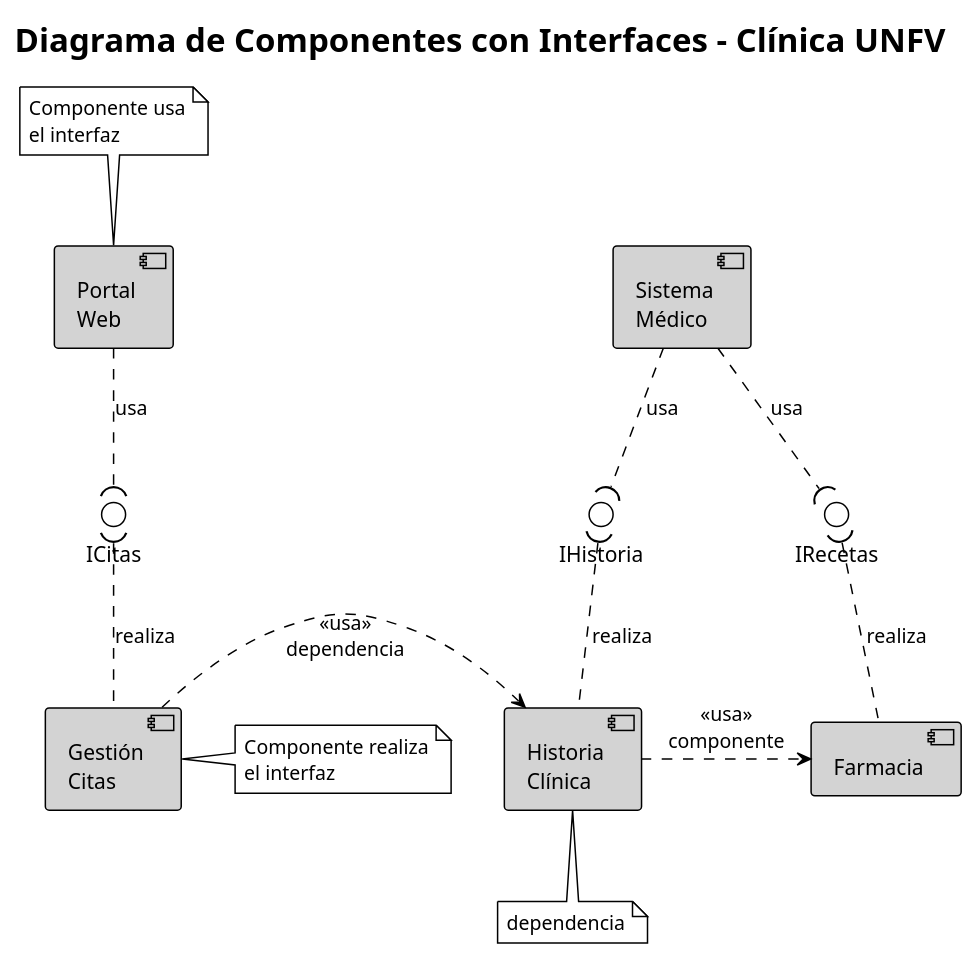
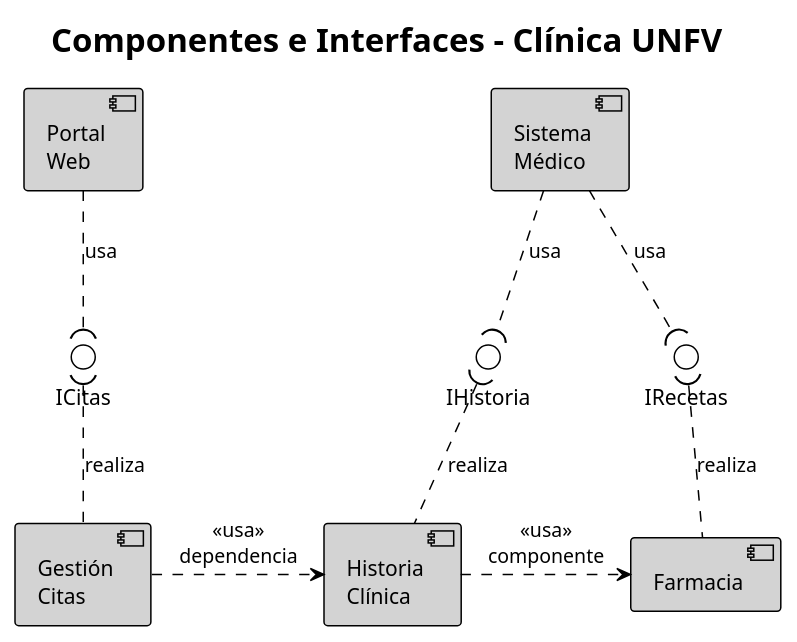
One commit to juanbch23/Requerimientos changed the diagram in 4Capas/PlantUML_Estilo_Imagen.puml. Above: the diagram before and after it, drawn with PlantUML.

```diff
--- a/4Capas/PlantUML_Estilo_Imagen.puml
+++ b/4Capas/PlantUML_Estilo_Imagen.puml
@@ -1,43 +1,32 @@
 @startuml
 !theme plain
 skinparam componentStyle uml2
 skinparam backgroundColor white
 skinparam component {
   BackgroundColor lightgray
   BorderColor black
 }
 
-title Diagrama de Componentes con Interfaces - Clínica UNFV
+title Componentes e Interfaces - Clínica UNFV 
 
-' === Componentes ===
 [Portal\nWeb] as portal
 [Sistema\nMédico] as medico
 [Gestión\nCitas] as citas
-[Historia\nClínica] as hc  
+[Historia\nClínica] as hc
 [Farmacia] as farm
 
-' === Interfaces (círculos) ===
 () ICitas
 () IHistoria
 () IRecetas
 
-' === Conexiones tipo "usa el interfaz" ===
 portal ..( ICitas : usa
 medico ..( IHistoria : usa
 medico ..( IRecetas : usa
 
-' === Conexiones tipo "realiza el interfaz" ===
 ICitas ).. citas : realiza
-IHistoria ).. hc : realiza  
+IHistoria ).. hc : realiza
 IRecetas ).. farm : realiza
 
-' === Dependencias entre componentes ===
 citas .> hc : <<usa>>\ndependencia
 hc .> farm : <<usa>>\ncomponente
-
-' === Texto explicativo ===
-note top of portal : Componente usa\nel interfaz
-note right of citas : Componente realiza\nel interfaz
-note bottom of hc : dependencia
-
 @enduml
```
